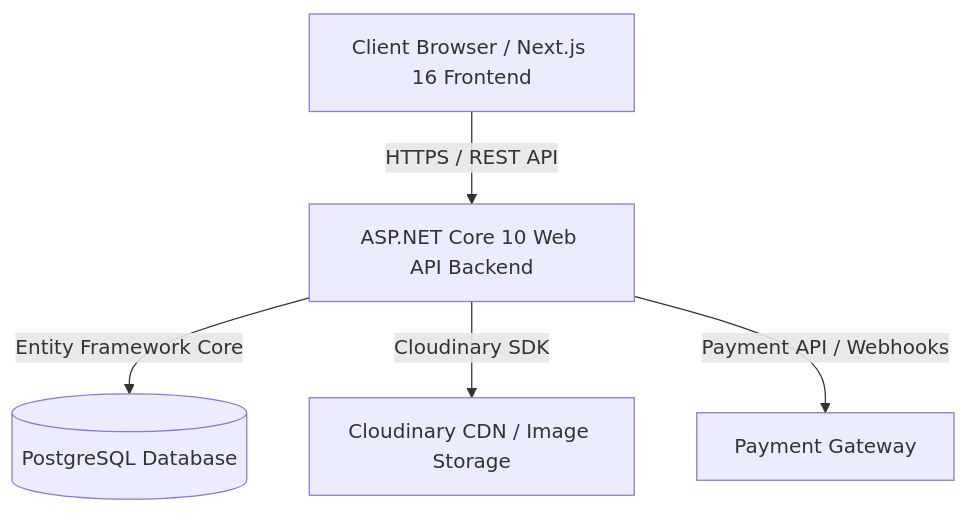
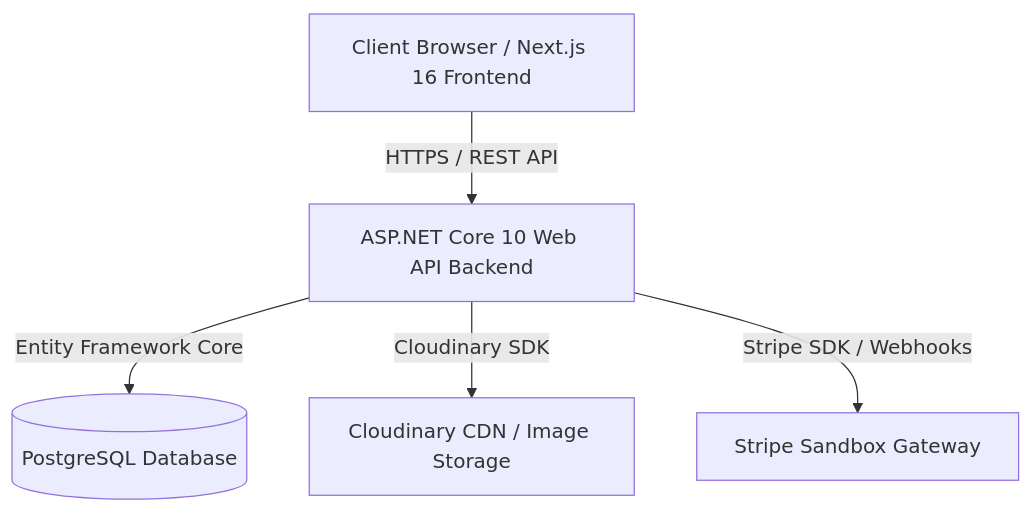
The diagram in README.md (Saif-Smran/University-Club-Management-System), drawn with Mermaid before and after one commit. The commit also changed other lines of this file and 23 other files, not shown here.

````diff
--- a/README.md
+++ b/README.md
@@ -48,7 +50,7 @@
 ```mermaid
 graph TD
     Client[Client Browser / Next.js 16 Frontend] -->|HTTPS / REST API| API[ASP.NET Core 10 Web API Backend]
     API -->|Entity Framework Core| DB[(PostgreSQL Database)]
     API -->|Cloudinary SDK| Cloudinary[Cloudinary CDN / Image Storage]
-    API -->|Payment API / Webhooks| Gateway[Payment Gateway]
+    API -->|Stripe SDK / Webhooks| Stripe[Stripe Sandbox Gateway]
 ```
````
